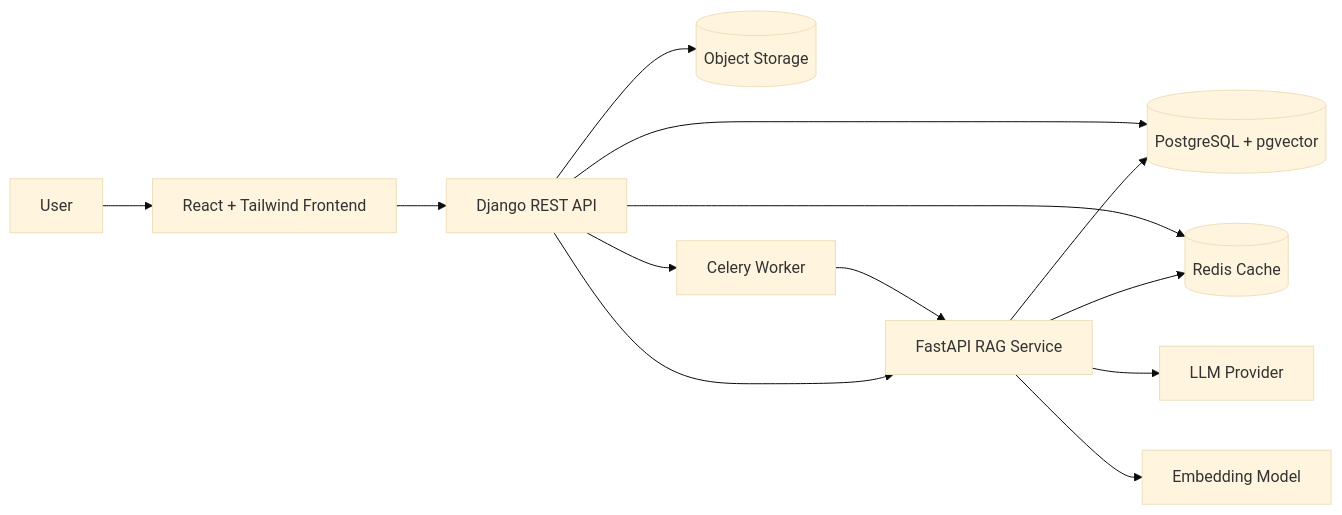
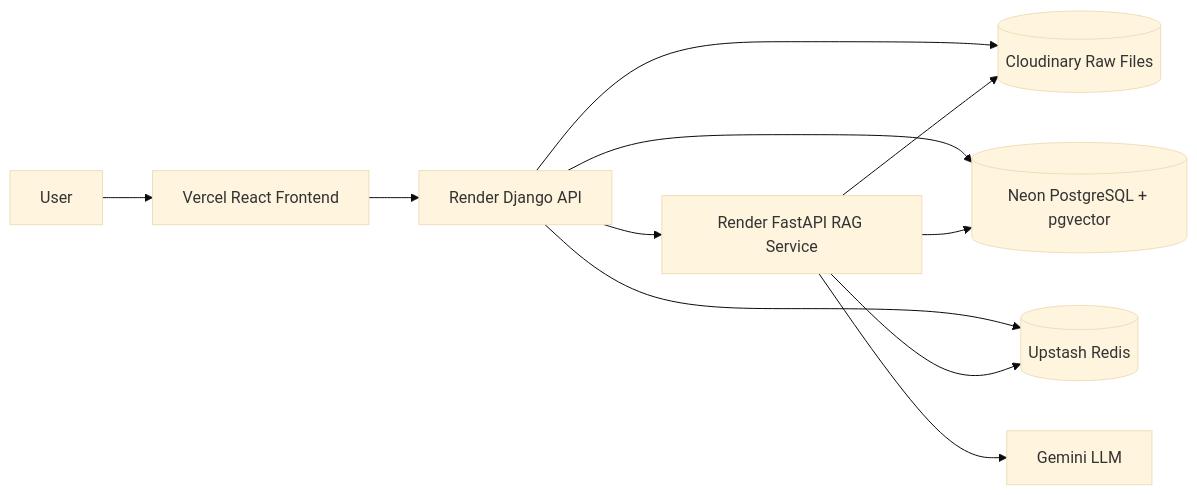
Before and after one commit to Anos714/Assignment: the first of 7 diagrams in docs/ARCHITECTURE.md, drawn with Mermaid (base theme). The commit also changed other lines of this file and 3 other files, not shown here.

Commit message:
feat: enhance DocuMind AI documentation and architecture to reflect updated deployment stack and ingestion process

````diff
--- a/docs/ARCHITECTURE.md
+++ b/docs/ARCHITECTURE.md
@@ -9,15 +9,13 @@
 ```mermaid
 flowchart LR
-    U[User] --> FE[React + Tailwind Frontend]
-    FE --> API[Django REST API]
-    API --> DB[(PostgreSQL + pgvector)]
-    API --> Redis[(Redis Cache)]
-    API --> Store[(Object Storage)]
-    API --> Worker[Celery Worker]
-    Worker --> RAG[FastAPI RAG Service]
-    RAG --> DB
-    RAG --> Redis
-    RAG --> LLM[LLM Provider]
-    RAG --> Embed[Embedding Model]
-    API --> RAG
+    User[User] --> Vercel[Vercel React Frontend]
+    Vercel --> Django[Render Django API]
+    Django --> Cloudinary[(Cloudinary Raw Files)]
+    Django --> Neon[(Neon PostgreSQL + pgvector)]
+    Django --> Upstash[(Upstash Redis)]
+    Django --> RAG[Render FastAPI RAG Service]
+    RAG --> Cloudinary
+    RAG --> Neon
+    RAG --> Upstash
+    RAG --> Gemini[Gemini LLM]
 ```
````
